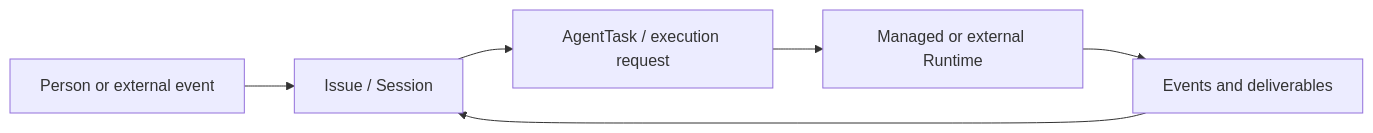
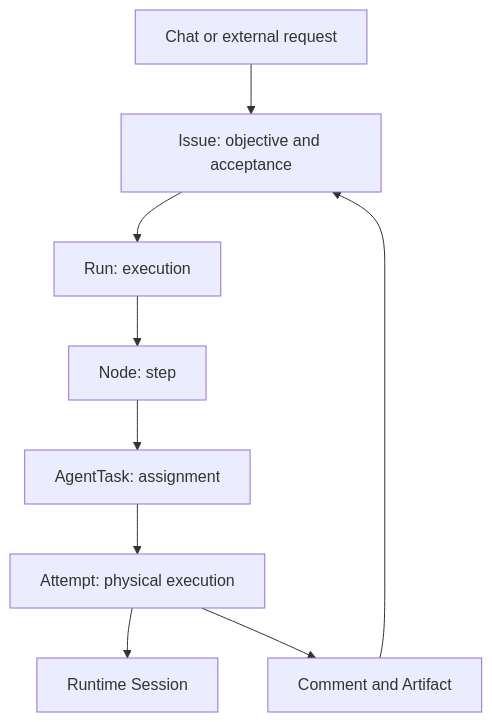
Before and after one commit to nexora-dev200/agentscope-java: the diagram in docs/v2/en/service/concepts.md, drawn with Mermaid. The commit also changed other lines of this file and 68 other files, not shown here.

````diff
--- a/docs/v2/en/service/concepts.md
+++ b/docs/v2/en/service/concepts.md
@@ -23,8 +21,11 @@
 ```mermaid
-flowchart LR
-    A[Person or external event] --> B[Issue / Session]
-    B --> C[AgentTask / execution request]
-    C --> D[Managed or external Runtime]
-    D --> E[Events and deliverables]
-    E --> B
+flowchart TB
+  C[Chat or external request] --> I[Issue: objective and acceptance]
+  I --> R[Run: execution]
+  R --> N[Node: step]
+  N --> T[AgentTask: assignment]
+  T --> A[Attempt: physical execution]
+  A --> S[Runtime Session]
+  A --> O[Comment and Artifact]
+  O --> I
 ```
````
